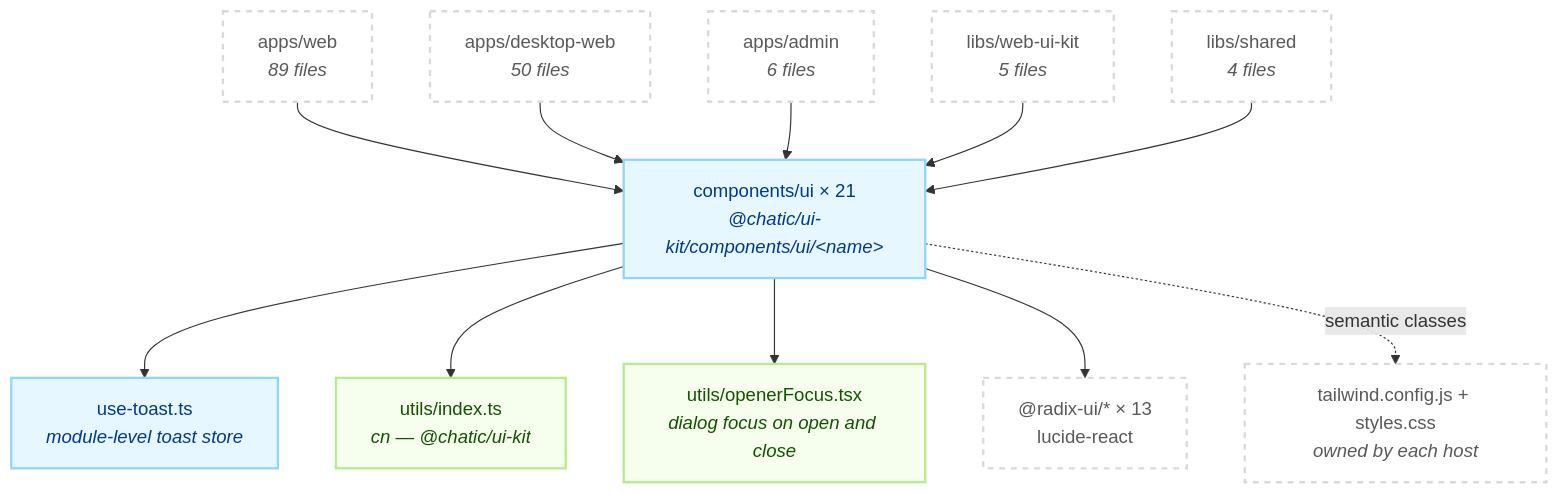
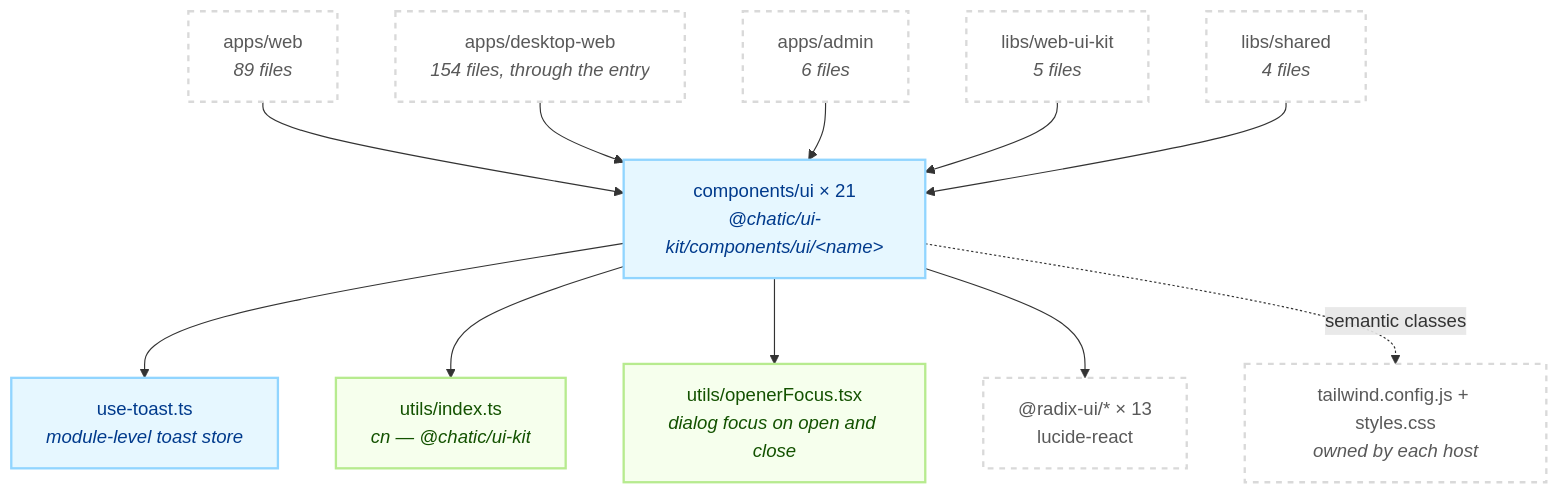
The diagram in libs/ui-kit/README.md (lemoncloud-io/dou-app), drawn with Mermaid before and after one commit. The commit also changed other lines of this file and 157 other files, not shown here.

First line of the commit message:
refactor(desktop-web,ui-kit): import the ui kit through its entry, not its folders

````diff
--- a/libs/ui-kit/README.md
+++ b/libs/ui-kit/README.md
@@ -113,31 +123,31 @@
 ```mermaid
 flowchart TD
     classDef ui fill:#e6f7ff,stroke:#91d5ff,stroke-width:2px,color:#003a8c;
     classDef util fill:#f6ffed,stroke:#b7eb8f,stroke-width:2px,color:#135200;
     classDef ext fill:#ffffff,stroke:#d9d9d9,stroke-width:2px,color:#595959,stroke-dasharray: 5 5;
 
     W["apps/web<br/><i>89 files</i>"]:::ext
-    D["apps/desktop-web<br/><i>50 files</i>"]:::ext
+    D["apps/desktop-web<br/><i>154 files, through the entry</i>"]:::ext
     A["apps/admin<br/><i>6 files</i>"]:::ext
     K["libs/web-ui-kit<br/><i>5 files</i>"]:::ext
     S["libs/shared<br/><i>4 files</i>"]:::ext
 
     C["components/ui × 21<br/><i>@chatic/ui-kit/components/ui/&lt;name&gt;</i>"]:::ui
     T["use-toast.ts<br/><i>module-level toast store</i>"]:::ui
     U["utils/index.ts<br/><i>cn — @chatic/ui-kit</i>"]:::util
     F["utils/openerFocus.tsx<br/><i>dialog focus on open and close</i>"]:::util
 
     R["@radix-ui/* × 13<br/>lucide-react"]:::ext
     TW["tailwind.config.js + styles.css<br/><i>owned by each host</i>"]:::ext
 
     W --> C
     D --> C
     A --> C
     K --> C
     S --> C
     C --> T
     C --> U
     C --> F
     C --> R
     C -.->|"semantic classes"| TW
 ```
````
